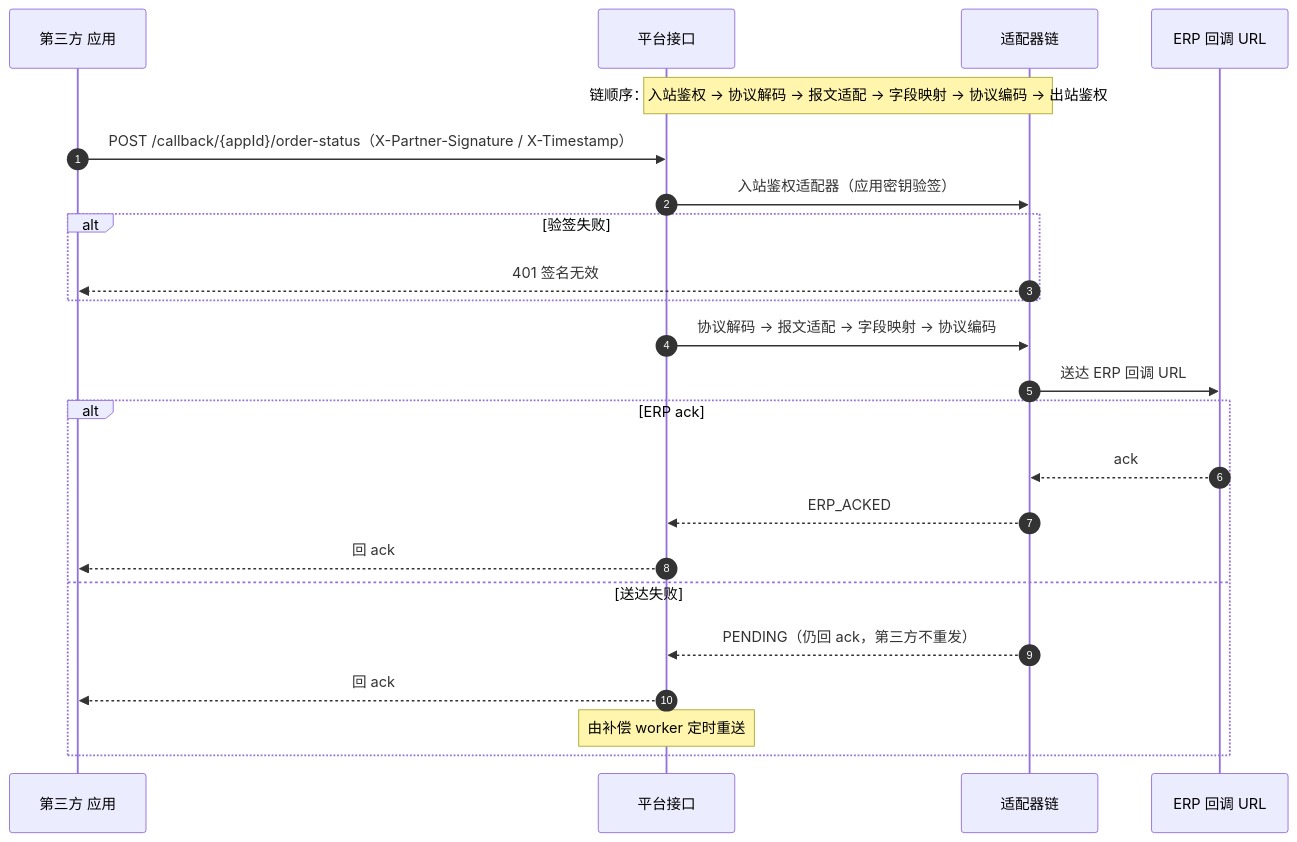
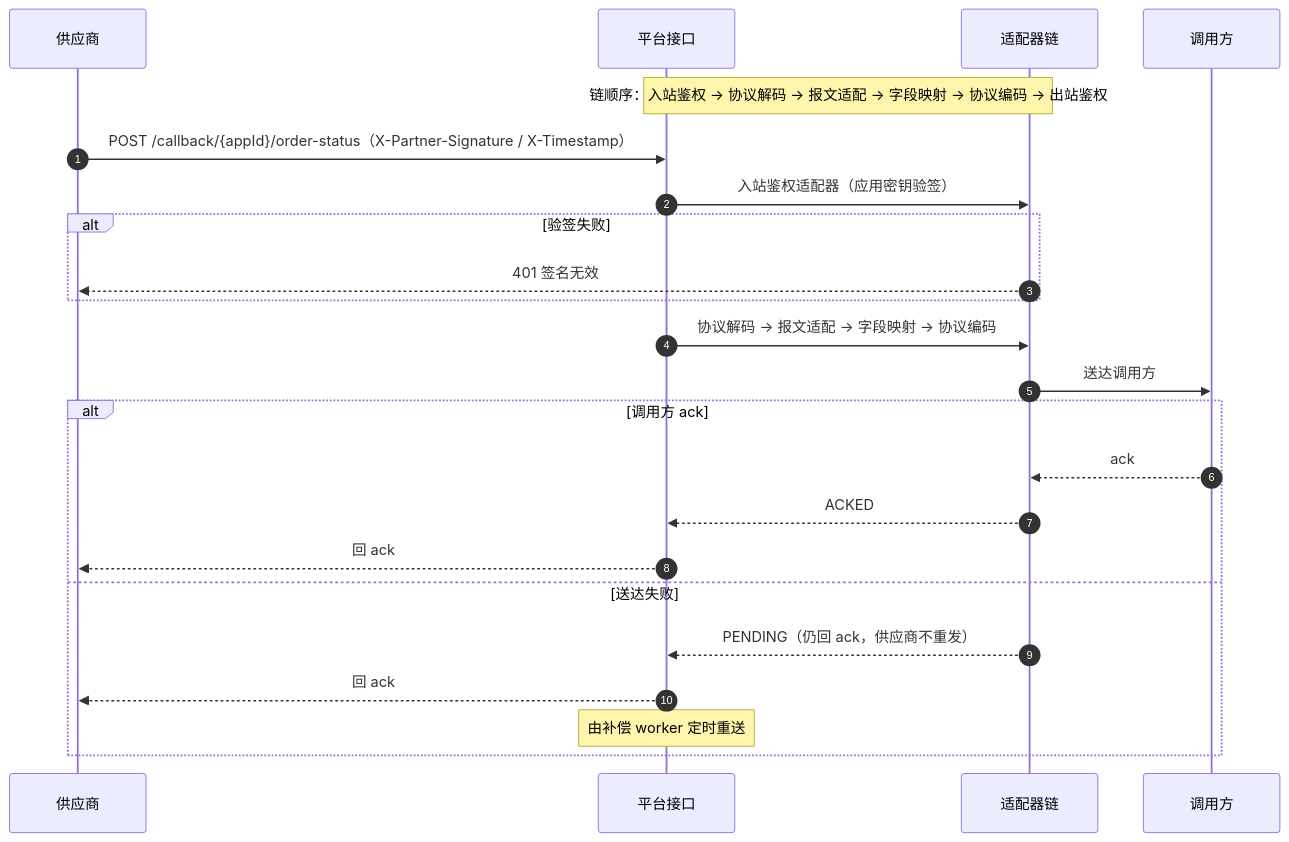
One commit to HelloWorldKing1/apicenter changed the third of 4 diagrams in src/main/resources/doc/API中心时序图与流程图.md. Above: the diagram before and after it, drawn with Mermaid. The commit also changed other lines of this file and 2 other files, not shown here.

First line of the commit message:
feat(app): 更新API中心原型支持云厂商集成

````diff
--- a/src/main/resources/doc/API中心时序图与流程图.md
+++ b/src/main/resources/doc/API中心时序图与流程图.md
@@ -65,26 +65,26 @@
 ```mermaid
 sequenceDiagram
     autonumber
-    participant 第三方 as 第三方 应用
+    participant SP as 供应商
     participant GW as 平台接口
     participant 链 as 适配器链
-    participant ERP as ERP 回调 URL
+    participant 调用方 as 调用方
 
     Note over GW,链: 链顺序：入站鉴权 → 协议解码 → 报文适配 → 字段映射 → 协议编码 → 出站鉴权
-    第三方->>GW: POST /callback/{appId}/order-status（X-Partner-Signature / X-Timestamp）
+    SP->>GW: POST /callback/{appId}/order-status（X-Partner-Signature / X-Timestamp）
     GW->>链: 入站鉴权适配器（应用密钥验签）
     alt 验签失败
-        链-->>第三方: 401 签名无效
+        链-->>SP: 401 签名无效
     end
     GW->>链: 协议解码 → 报文适配 → 字段映射 → 协议编码
-    链->>ERP: 送达 ERP 回调 URL
-    alt ERP ack
-        ERP-->>链: ack
-        链-->>GW: ERP_ACKED
-        GW-->>第三方: 回 ack
+    链->>调用方: 送达调用方
+    alt 调用方 ack
+        调用方-->>链: ack
+        链-->>GW: ACKED
+        GW-->>SP: 回 ack
     else 送达失败
-        链-->>GW: PENDING（仍回 ack，第三方不重发）
-        GW-->>第三方: 回 ack
+        链-->>GW: PENDING（仍回 ack，供应商不重发）
+        GW-->>SP: 回 ack
         Note over GW: 由补偿 worker 定时重送
     end
 ```
````
